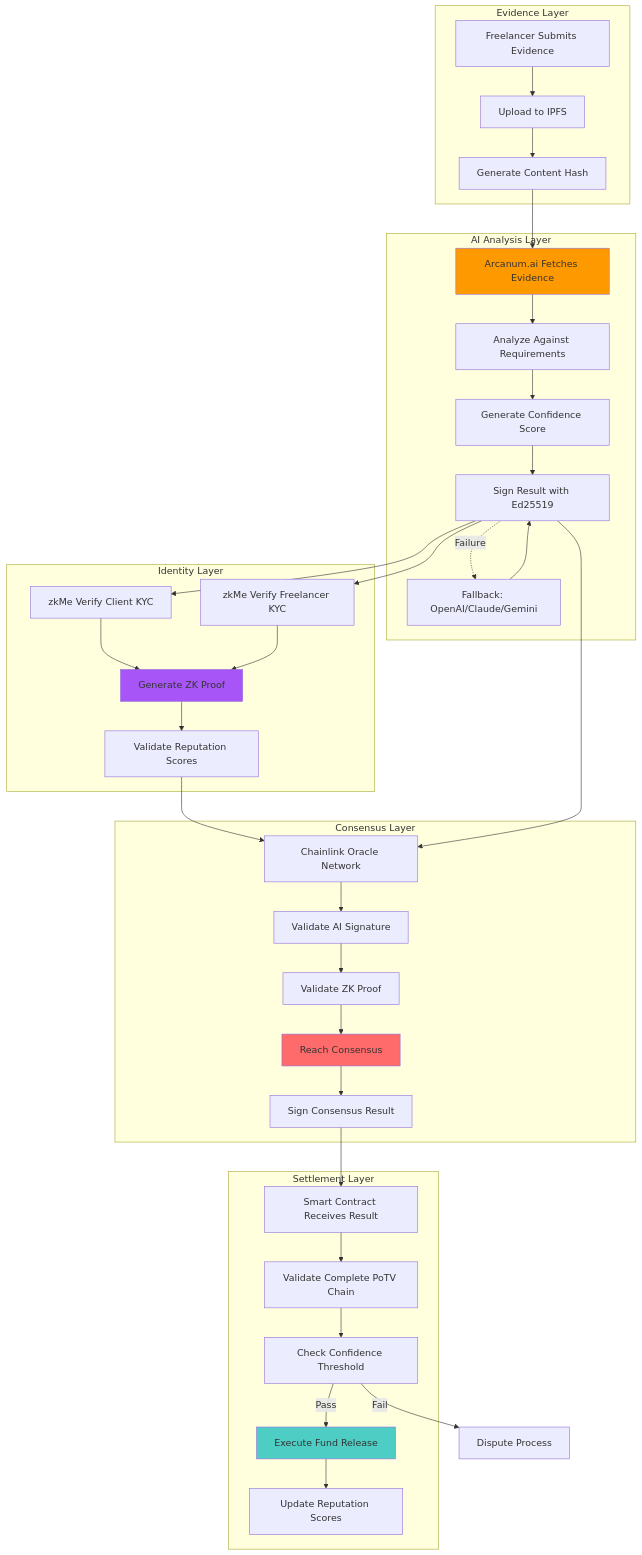
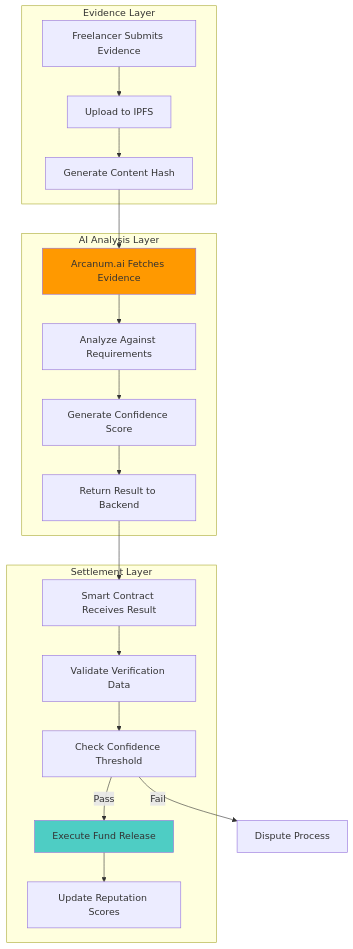
One commit to De-real-iManuel/aetherlock-docs changed the sixth of 6 diagrams in potv-consensus.mdx. Above: the diagram before and after it, drawn with Mermaid. The commit also changed other lines of this file and 144 other files, not shown here.

````diff
--- a/potv-consensus.mdx
+++ b/potv-consensus.mdx
@@ -933,74 +866,41 @@
 ```mermaid
 graph TB
     subgraph "Evidence Layer"
         E1[Freelancer Submits Evidence]
         E2[Upload to IPFS]
         E3[Generate Content Hash]
     end
     
     subgraph "AI Analysis Layer"
         A1[Arcanum.ai Fetches Evidence]
         A2[Analyze Against Requirements]
         A3[Generate Confidence Score]
-        A4[Sign Result with Ed25519]
-        A5[Fallback: OpenAI/Claude/Gemini]
-    end
-    
-    subgraph "Identity Layer"
-        I1[zkMe Verify Client KYC]
-        I2[zkMe Verify Freelancer KYC]
-        I3[Generate ZK Proof]
-        I4[Validate Reputation Scores]
-    end
-    
-    subgraph "Consensus Layer"
-        C1[Chainlink Oracle Network]
-        C2[Validate AI Signature]
-        C3[Validate ZK Proof]
-        C4[Reach Consensus]
-        C5[Sign Consensus Result]
+        A4[Return Result to Backend]
     end
     
     subgraph "Settlement Layer"
         S1[Smart Contract Receives Result]
-        S2[Validate Complete PoTV Chain]
+        S2[Validate Verification Data]
         S3[Check Confidence Threshold]
         S4[Execute Fund Release]
         S5[Update Reputation Scores]
     end
     
     E1 --> E2
     E2 --> E3
     E3 --> A1
     
     A1 --> A2
     A2 --> A3
     A3 --> A4
-    A4 -.Failure.-> A5
-    A5 --> A4
     
-    A4 --> I1
-    A4 --> I2
-    I1 --> I3
-    I2 --> I3
-    I3 --> I4
-    
-    I4 --> C1
-    A4 --> C1
-    C1 --> C2
-    C2 --> C3
-    C3 --> C4
-    C4 --> C5
-    
-    C5 --> S1
+    A4 --> S1
     S1 --> S2
     S2 --> S3
     S3 -->|Pass| S4
     S3 -->|Fail| Dispute[Dispute Process]
     S4 --> S5
     
     style A1 fill:#FF9900
-    style I3 fill:#A855F7
-    style C4 fill:#FF6B6B
     style S4 fill:#4ECDC4
 ```
````
